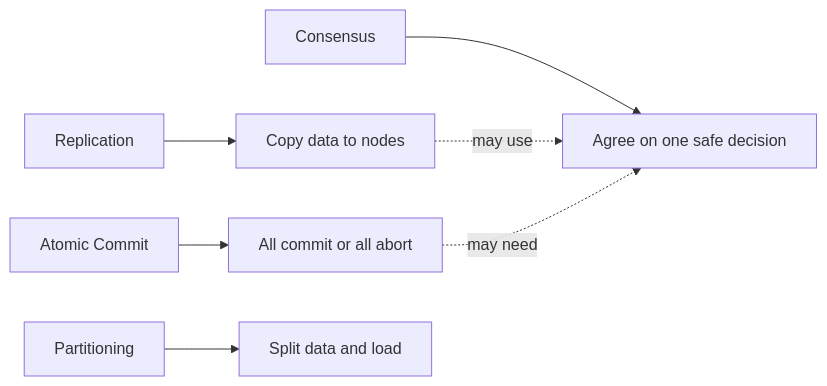
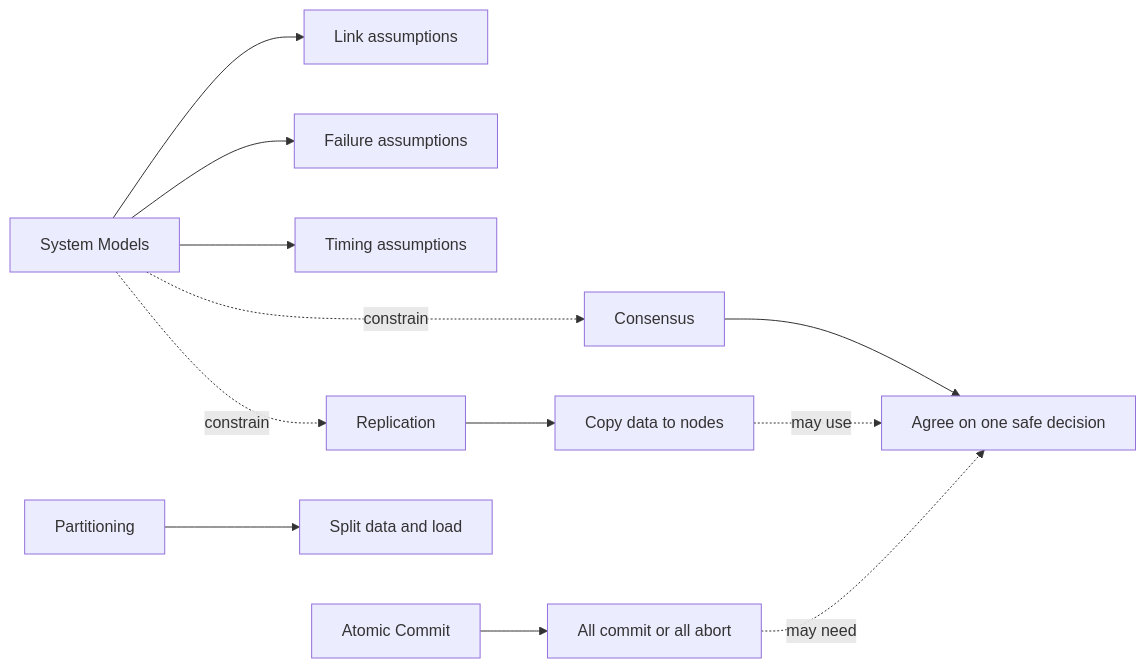
Before and after one commit to ashokjjr/patterns-notes: the first of 2 diagrams in docs/reference/quick-reference.md, drawn with Mermaid. The commit also changed other lines of this file, not shown here.

Commit message:
Add system model triggers to quick reference

````diff
--- a/docs/reference/quick-reference.md
+++ b/docs/reference/quick-reference.md
@@ -24,10 +36,16 @@
 ```mermaid
 flowchart LR
+    Models[System Models] --> Link[Link assumptions]
+    Models --> Failure[Failure assumptions]
+    Models --> Timing[Timing assumptions]
+
     Replication[Replication] --> Copy[Copy data to nodes]
     Consensus[Consensus] --> Agree[Agree on one safe decision]
     Commit[Atomic Commit] --> Outcome[All commit or all abort]
     Partitioning[Partitioning] --> Split[Split data and load]
 
+    Models -. constrain .-> Replication
+    Models -. constrain .-> Consensus
     Copy -. may use .-> Agree
     Outcome -. may need .-> Agree
 ```
````
